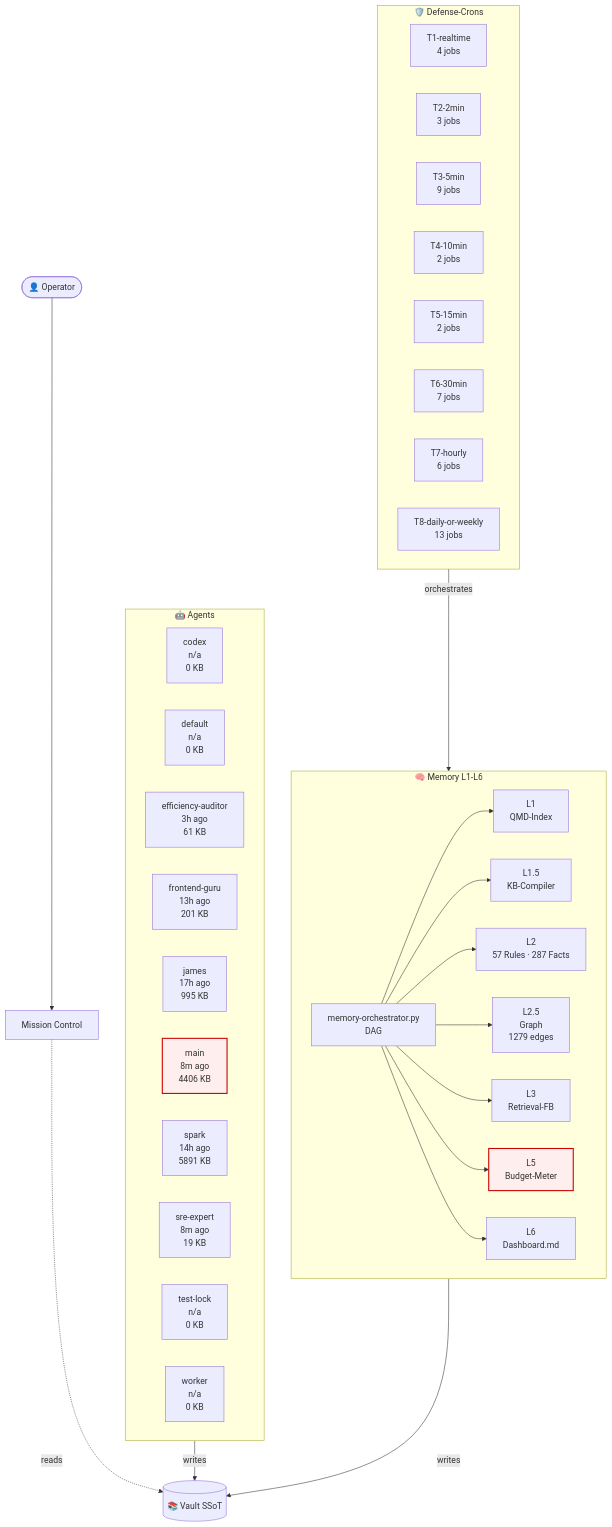
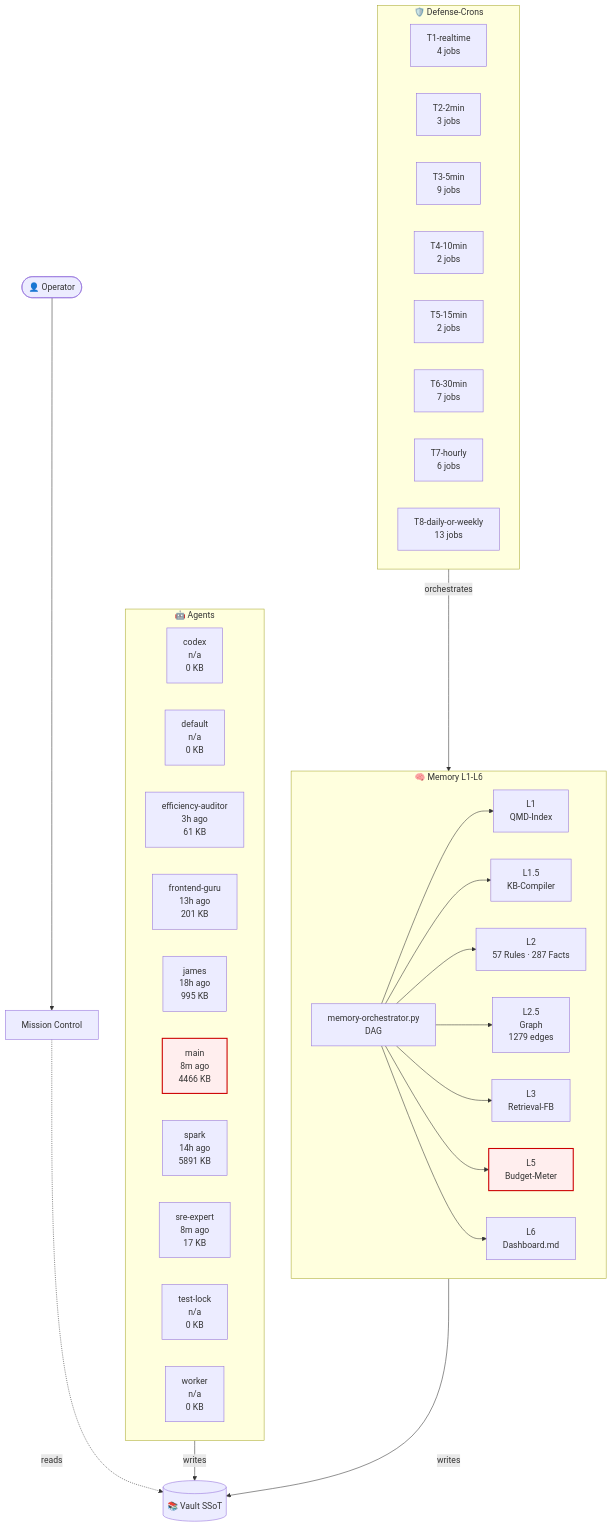
One commit to lenardhuebner88-rgb/openclaw-memory changed the diagram in 03-Agents/architecture-live.md. Above: the diagram before and after it, drawn with Mermaid. The commit also changed other lines of this file and 1 other file, not shown here.

````diff
--- a/03-Agents/architecture-live.md
+++ b/03-Agents/architecture-live.md
@@ -18,53 +18,53 @@
 ```mermaid
 flowchart TB
     classDef critical fill:#fee,stroke:#c00,stroke-width:2px;
     subgraph AGT["🤖 Agents"]
         agent_codex["codex<br/>n/a<br/>0 KB"]
         agent_default["default<br/>n/a<br/>0 KB"]
         agent_efficiency_auditor["efficiency-auditor<br/>3h ago<br/>61 KB"]
         agent_frontend_guru["frontend-guru<br/>13h ago<br/>201 KB"]
-        agent_james["james<br/>17h ago<br/>995 KB"]
-        agent_main["main<br/>8m ago<br/>4406 KB"]
+        agent_james["james<br/>18h ago<br/>995 KB"]
+        agent_main["main<br/>8m ago<br/>4466 KB"]
         agent_spark["spark<br/>14h ago<br/>5891 KB"]
-        agent_sre_expert["sre-expert<br/>8m ago<br/>19 KB"]
+        agent_sre_expert["sre-expert<br/>8m ago<br/>17 KB"]
         agent_test_lock["test-lock<br/>n/a<br/>0 KB"]
         agent_worker["worker<br/>n/a<br/>0 KB"]
     end
     subgraph MEM["🧠 Memory L1-L6"]
         L1["L1<br/>QMD-Index"]
         L15["L1.5<br/>KB-Compiler"]
         L2["L2<br/>57 Rules · 287 Facts"]
         L25["L2.5<br/>Graph<br/>1279 edges"]
         L3["L3<br/>Retrieval-FB"]
         L5["L5<br/>Budget-Meter"]
         L6["L6<br/>Dashboard.md"]
         ORCH["memory-orchestrator.py<br/>DAG"]
     end
     subgraph CRN["🛡️ Defense-Crons"]
         tier_T1_realtime["T1-realtime<br/>4 jobs"]
         tier_T2_2min["T2-2min<br/>3 jobs"]
         tier_T3_5min["T3-5min<br/>9 jobs"]
         tier_T4_10min["T4-10min<br/>2 jobs"]
         tier_T5_15min["T5-15min<br/>2 jobs"]
         tier_T6_30min["T6-30min<br/>7 jobs"]
         tier_T7_hourly["T7-hourly<br/>6 jobs"]
         tier_T8_daily_or_weekly["T8-daily-or-weekly<br/>13 jobs"]
     end
     VAULT[("📚 Vault SSoT")]
     OP([👤 Operator])
     MC["Mission Control"]
     OP --> MC
     MC -.reads.-> VAULT
     AGT -->|writes| VAULT
     MEM -->|writes| VAULT
     ORCH --> L1
     ORCH --> L15
     ORCH --> L2
     ORCH --> L25
     ORCH --> L3
     ORCH --> L5
     ORCH --> L6
     CRN -->|orchestrates| MEM
     class L5 critical
     class agent_main critical
 ```
````
